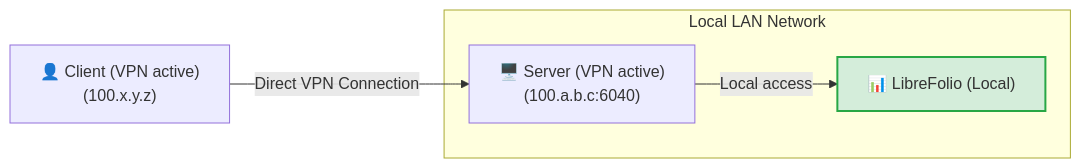
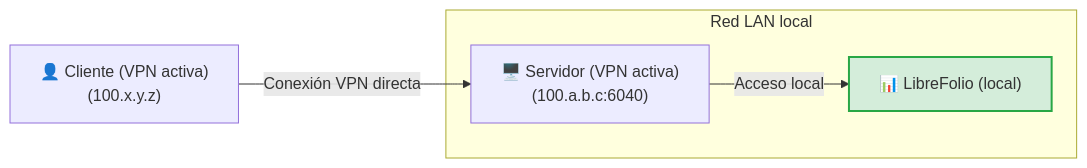
The second of 3 diagrams in mkdocs_src/docs/admin/service_exposure.es.md (Librefolio/LibreFolio), drawn with Mermaid before and after one commit. The commit also changed other lines of this file and 2 other files, not shown here.

````diff
--- a/mkdocs_src/docs/admin/service_exposure.es.md
+++ b/mkdocs_src/docs/admin/service_exposure.es.md
@@ -96,8 +100,8 @@
 ```mermaid
 graph LR
-    Client["👤 Client (VPN active)<br>(100.x.y.z)"] -->|Direct VPN Connection| Server["🖥️ Server (VPN active)<br>(100.a.b.c:6040)"]
-    subgraph LAN ["Local LAN Network"]
-        Server -->|Local access| LibreFolio["📊 LibreFolio (Local)"]
+    Client["👤 Cliente (VPN activa)<br>(100.x.y.z)"] -->|Conexión VPN directa| Server["🖥️ Servidor (VPN activa)<br>(100.a.b.c:6040)"]
+    subgraph LAN ["Red LAN local"]
+        Server -->|Acceso local| LibreFolio["📊 LibreFolio (local)"]
     end
     style LibreFolio fill:#d4edda,stroke:#28a745,stroke-width:2px;
 ```
````
